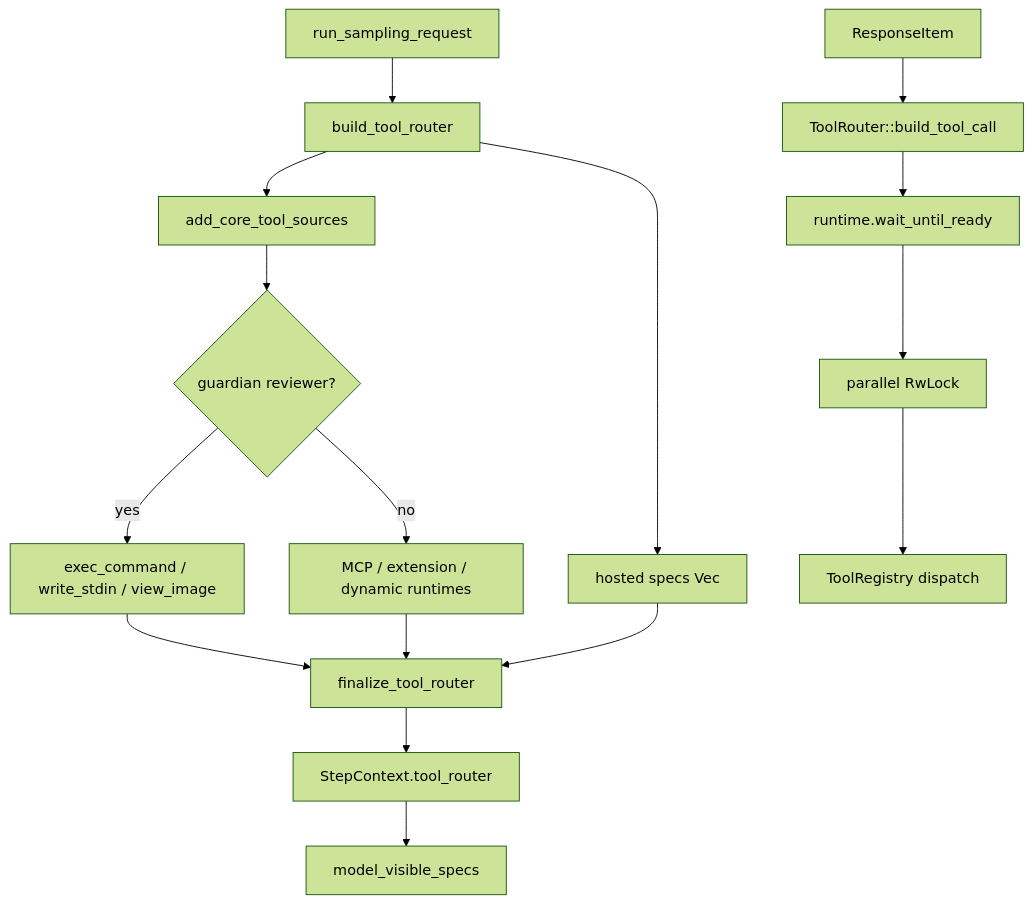
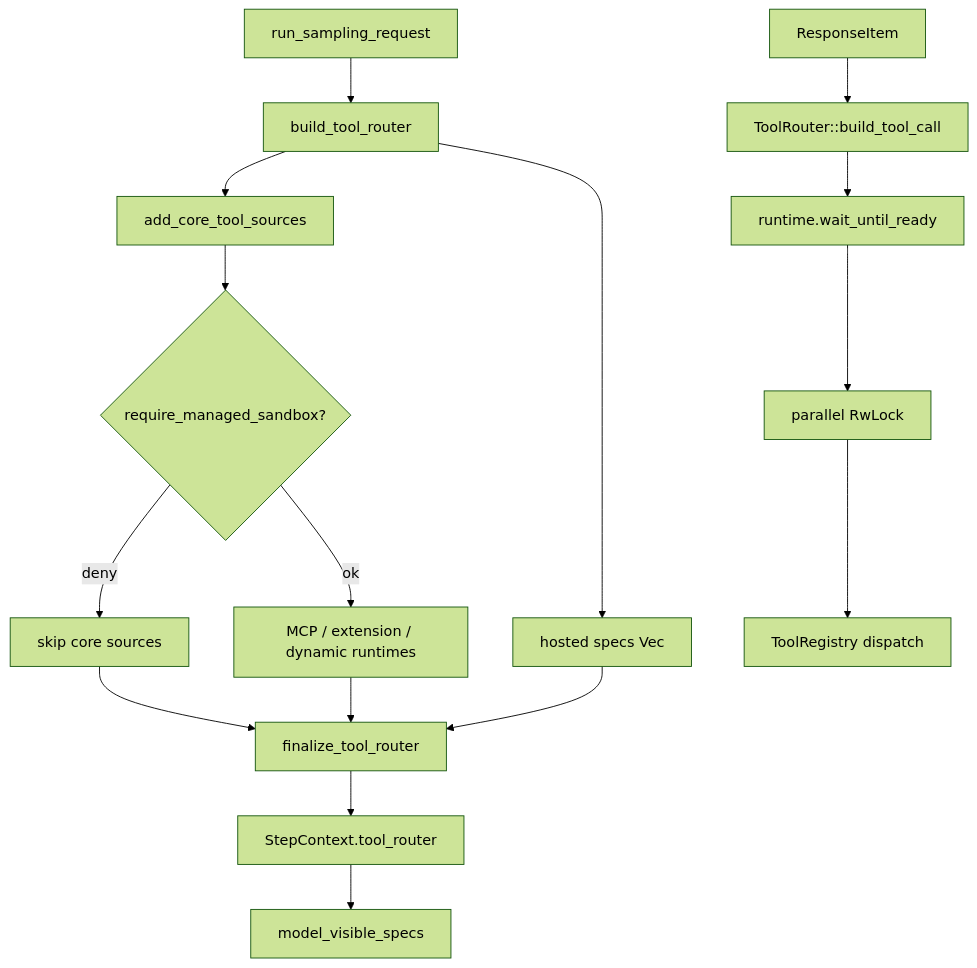
One commit to wdnmdtonyma/SOTA-Agent-LLM-Wiki changed the diagram in docs/llm-wiki/codex/spine/tool-call-anatomy.md. Above: the diagram before and after it, drawn with Mermaid (forest theme). The commit also changed other lines of this file and 199 other files, not shown here.

````diff
--- a/docs/llm-wiki/codex/spine/tool-call-anatomy.md
+++ b/docs/llm-wiki/codex/spine/tool-call-anatomy.md
@@ -16,18 +16,18 @@
 ```mermaid
 flowchart TD
     TURN["run_sampling_request"] --> BUILD["build_tool_router"]
     BUILD --> CORE["add_core_tool_sources"]
-    CORE --> REVIEW{"guardian reviewer?"}
-    REVIEW -->|yes| GUARD["exec_command / write_stdin / view_image"]
-    REVIEW -->|no| EXTRA["MCP / extension / dynamic runtimes"]
+    CORE --> REVIEW{"require_managed_sandbox?"}
+    REVIEW -->|deny| GUARD["skip core sources"]
+    REVIEW -->|ok| EXTRA["MCP / extension / dynamic runtimes"]
     BUILD --> HOSTED["hosted specs Vec"]
     EXTRA --> FINAL["finalize_tool_router"]
     HOSTED --> FINAL
     GUARD --> FINAL
     FINAL --> STEP["StepContext.tool_router"]
     STEP --> PROMPT["model_visible_specs"]
     MODEL["ResponseItem"] --> CALL["ToolRouter::build_tool_call"]
     CALL --> READY["runtime.wait_until_ready"]
     READY --> GATE["parallel RwLock"]
     GATE --> DISPATCH["ToolRegistry dispatch"]
 ```
````
